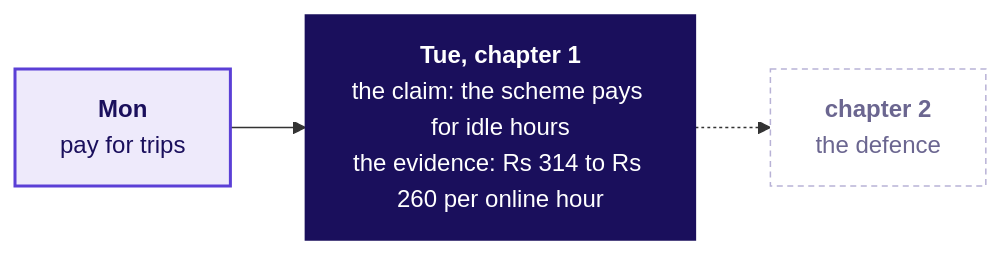
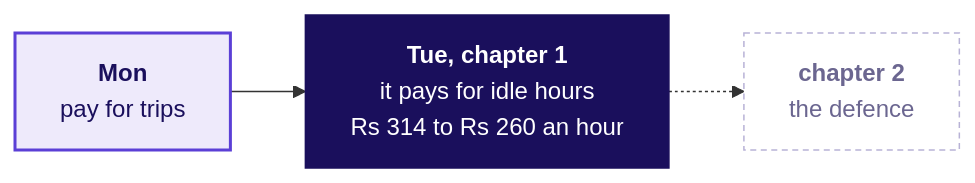
One commit to fde-academy-lab/c2-content-factory changed the third of 5 diagrams in content/W04/D2/slides/C2_W04_D02_half1_STUDENT.md. Above: the diagram before and after it, drawn with Mermaid. The commit also changed other lines of this file and 25 other files, not shown here.

````diff
--- a/content/W04/D2/slides/C2_W04_D02_half1_STUDENT.md
+++ b/content/W04/D2/slides/C2_W04_D02_half1_STUDENT.md
@@ -398,11 +407,11 @@
 ```mermaid
 flowchart LR
-    M["<b>Mon</b><br/>pay for trips"] --> T["<b>Tue, chapter 1</b><br/>the claim: the scheme pays for idle hours<br/>the evidence: Rs 314 to Rs 260 per online hour"]
+    M["<b>Mon</b><br/>pay for trips"] --> T["<b>Tue, chapter 1</b><br/>it pays for idle hours<br/>Rs 314 to Rs 260 an hour"]
     T -.-> N["<b>chapter 2</b><br/>the defence"]
     classDef known fill:#EEEAFB,stroke:#5B3FD6,color:#1A0F5C,stroke-width:2px
     classDef lit fill:#1A0F5C,stroke:#1A0F5C,color:#FFFFFF
     classDef unknown fill:#FFFFFF,stroke:#B8B2D6,color:#6B6690,stroke-dasharray:4 3
     class M known
     class T lit
     class N unknown
 ```
````
